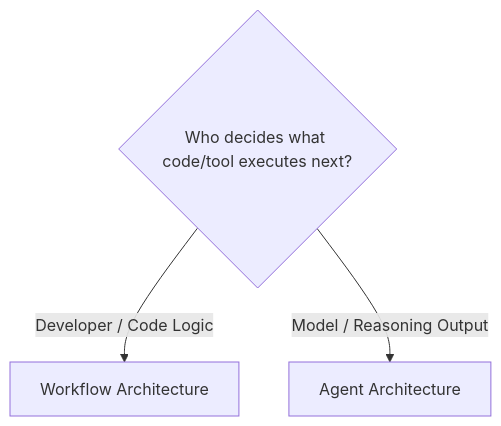
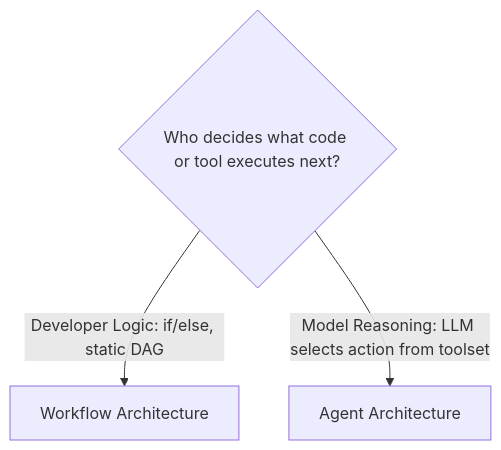
The fifth of 14 diagrams in module-01-agentic-ai-foundations/content/01-from-generative-ai-to-agentic-control-loops.md (sivaskm/agentic-ai-engineering), drawn with Mermaid before and after one commit. The commit also changed other lines of this file, not shown here.

Commit message:
docs(module-01): enrich Unit 1.1 with Anthropic and OpenAI agent design frameworks

````diff
--- a/module-01-agentic-ai-foundations/content/01-from-generative-ai-to-agentic-control-loops.md
+++ b/module-01-agentic-ai-foundations/content/01-from-generative-ai-to-agentic-control-loops.md
@@ -168,6 +197,6 @@
 ```mermaid
 flowchart TD
-    Q{Who decides what code/tool executes next?}
-    Q -->|Developer / Code Logic| Workflow[Workflow Architecture]
-    Q -->|Model / Reasoning Output| Agent[Agent Architecture]
+    Question{Who decides what code or tool executes next?}
+    Question -->|Developer Logic: if/else, static DAG| Workflow[Workflow Architecture]
+    Question -->|Model Reasoning: LLM selects action from toolset| Agent[Agent Architecture]
 ```
````
